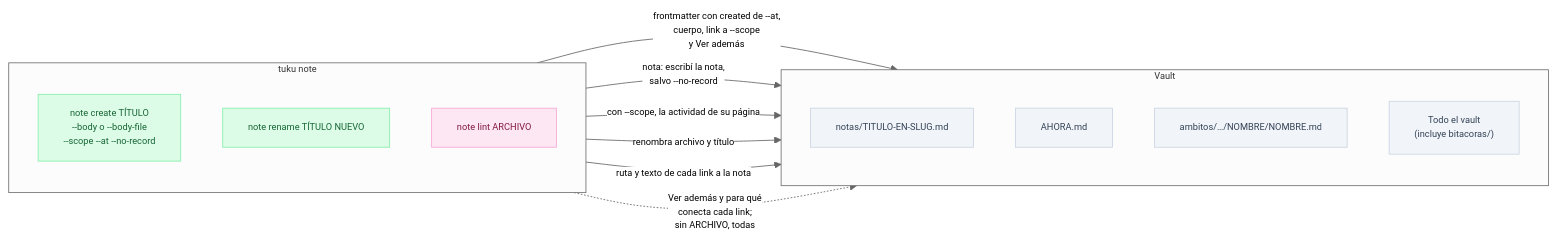
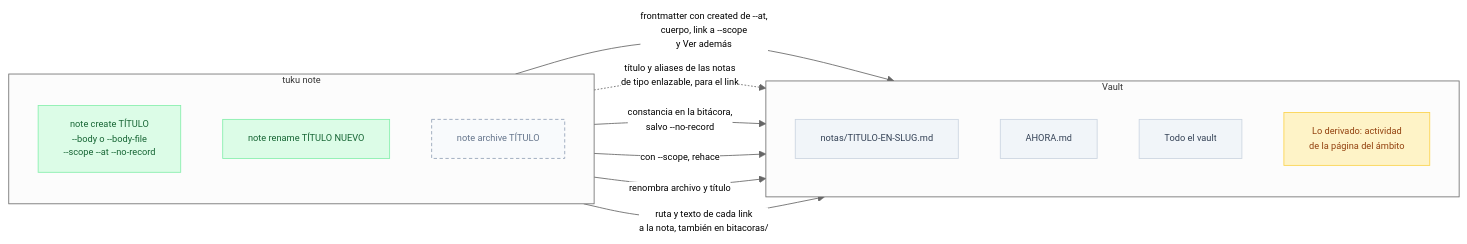
One commit to pewma-ai/tuku changed the sixth of 8 diagrams in spec/tuku.md. Above: the diagram before and after it, drawn with Mermaid. The commit also changed other lines of this file and 73 other files, not shown here.

````diff
--- a/spec/tuku.md
+++ b/spec/tuku.md
@@ -134,32 +244,33 @@
 ```mermaid
 %%{init: {'flowchart': {'useMaxWidth': true}, 'theme': 'neutral', 'themeVariables': {'fontSize': '11px'}}}%%
 flowchart LR
     subgraph CMD["tuku note"]
         direction TB
         NC["note create TÍTULO<br/>--body o --body-file<br/>--scope --at --no-record"]
         NR["note rename TÍTULO NUEVO"]
-        NL["note lint ARCHIVO"]
+        NA["note archive TÍTULO"]
     end
     subgraph VAULT["Vault"]
         direction TB
         NO["notas/TITULO-EN-SLUG.md"]
         AH["AHORA.md"]
-        PG["ambitos/…/NOMBRE/NOMBRE.md"]
-        VA["Todo el vault<br/>(incluye bitacoras/)"]
+        VA["Todo el vault"]
+        DER["Lo derivado: actividad<br/>de la página del ámbito"]
     end
 
     NC -->|"frontmatter con created de --at,<br/>cuerpo, link a --scope<br/>y Ver además"| NO
-    NC -->|"nota: escribí la nota,<br/>salvo --no-record"| AH
-    NC -->|"con --scope, la actividad de su página"| PG
+    NC -.->|"título y aliases de las notas<br/>de tipo enlazable, para el link"| NO
+    NC -->|"constancia en la bitácora,<br/>salvo --no-record"| AH
+    NC -->|"con --scope, rehace"| DER
     NR -->|"renombra archivo y título"| NO
-    NR -->|"ruta y texto de cada link a la nota"| VA
-    NL -.->|"Ver además y para qué<br/>conecta cada link;<br/>sin ARCHIVO, todas"| NO
+    NR -->|"ruta y texto de cada link<br/>a la nota, también en bitacoras/"| VA
 
-    style NC fill:#dcfce7,color:#166534,stroke:#86efac
-    style NR fill:#dcfce7,color:#166534,stroke:#86efac
-    style NL fill:#fce7f3,color:#831843,stroke:#f9a8d4
-    style NO fill:#f1f5f9,color:#334155,stroke:#cbd5e1
-    style AH fill:#f1f5f9,color:#334155,stroke:#cbd5e1
-    style PG fill:#f1f5f9,color:#334155,stroke:#cbd5e1
-    style VA fill:#f1f5f9,color:#334155,stroke:#cbd5e1
+    classDef escribe fill:#dcfce7,color:#166534,stroke:#86efac
+    classDef pendiente fill:#f8fafc,color:#64748b,stroke:#94a3b8,stroke-dasharray: 4 3
+    classDef archivo fill:#f1f5f9,color:#334155,stroke:#cbd5e1
+    classDef derivado fill:#fef3c7,color:#92400e,stroke:#fcd34d
+    class NC,NR escribe
+    class NA pendiente
+    class NO,AH,VA archivo
+    class DER derivado
 ```
````
